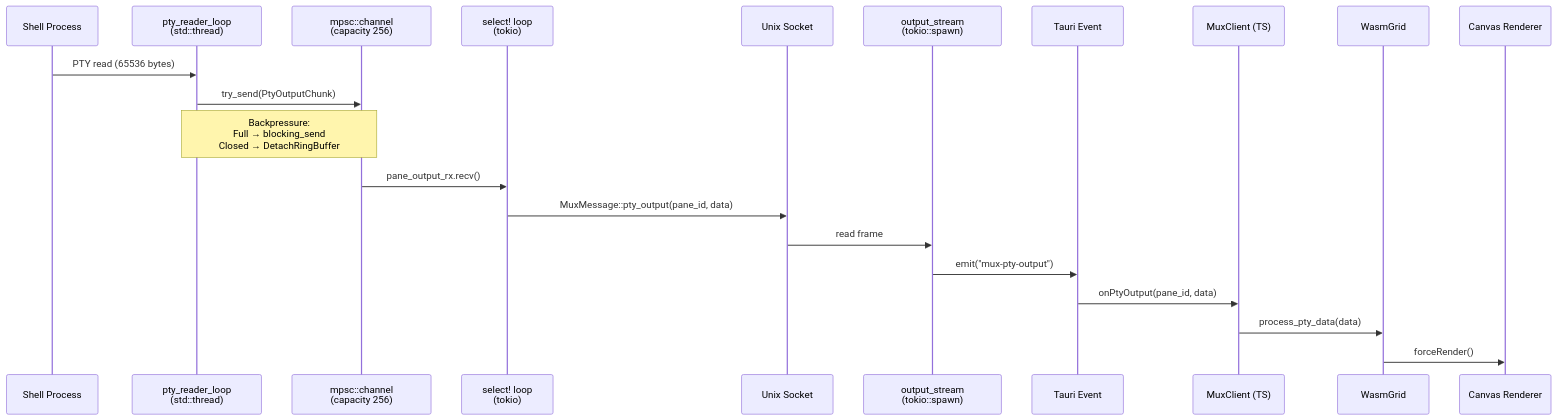
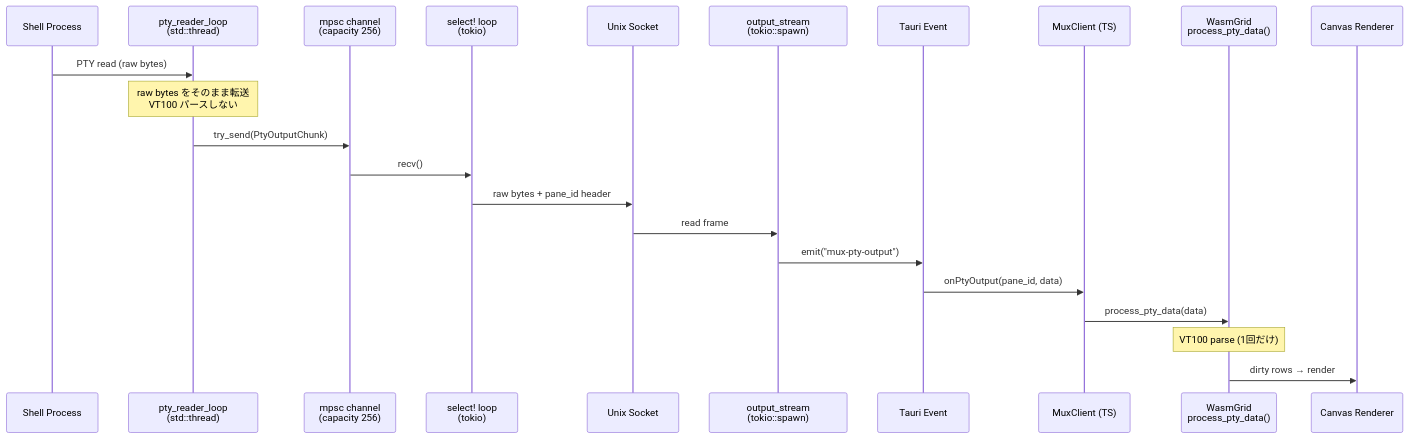
One commit to m-m-n/emterm changed the fourth of 13 diagrams in doc/tasks/terminal-multiplexer/FIG.md. Above: the diagram before and after it, drawn with Mermaid. The commit also changed other lines of this file, not shown here.

First line of the commit message:
docs(mux): add Normal/tmux/Mux data flow comparison diagrams

````diff
--- a/doc/tasks/terminal-multiplexer/FIG.md
+++ b/doc/tasks/terminal-multiplexer/FIG.md
@@ -67,26 +121,25 @@
 ```mermaid
 sequenceDiagram
     participant Shell as Shell Process
     participant Reader as pty_reader_loop<br>(std#58;#58;thread)
-    participant Channel as mpsc#58;#58;channel<br>(capacity 256)
+    participant Channel as mpsc channel<br>(capacity 256)
     participant ConnLoop as select! loop<br>(tokio)
     participant Socket as Unix Socket
     participant BridgeTask as output_stream<br>(tokio#58;#58;spawn)
     participant TauriEvent as Tauri Event
     participant MuxClient as MuxClient (TS)
-    participant WASM as WasmGrid
+    participant WASM as WasmGrid<br>process_pty_data()
     participant Canvas as Canvas Renderer
 
-    Shell->>Reader: PTY read (65536 bytes)
+    Shell->>Reader: PTY read (raw bytes)
+    Note over Reader: raw bytes をそのまま転送<br>VT100 パースしない
     Reader->>Channel: try_send(PtyOutputChunk)
-    Note over Reader,Channel: Backpressure#58;<br>Full → blocking_send<br>Closed → DetachRingBuffer
-
-    Channel->>ConnLoop: pane_output_rx.recv()
-    ConnLoop->>Socket: MuxMessage#58;#58;pty_output(pane_id, data)
-
+    Channel->>ConnLoop: recv()
+    ConnLoop->>Socket: raw bytes + pane_id header
     Socket->>BridgeTask: read frame
     BridgeTask->>TauriEvent: emit("mux-pty-output")
     TauriEvent->>MuxClient: onPtyOutput(pane_id, data)
     MuxClient->>WASM: process_pty_data(data)
-    WASM->>Canvas: forceRender()
+    Note over WASM: VT100 parse (1回だけ)
+    WASM->>Canvas: dirty rows → render
 ```
````
